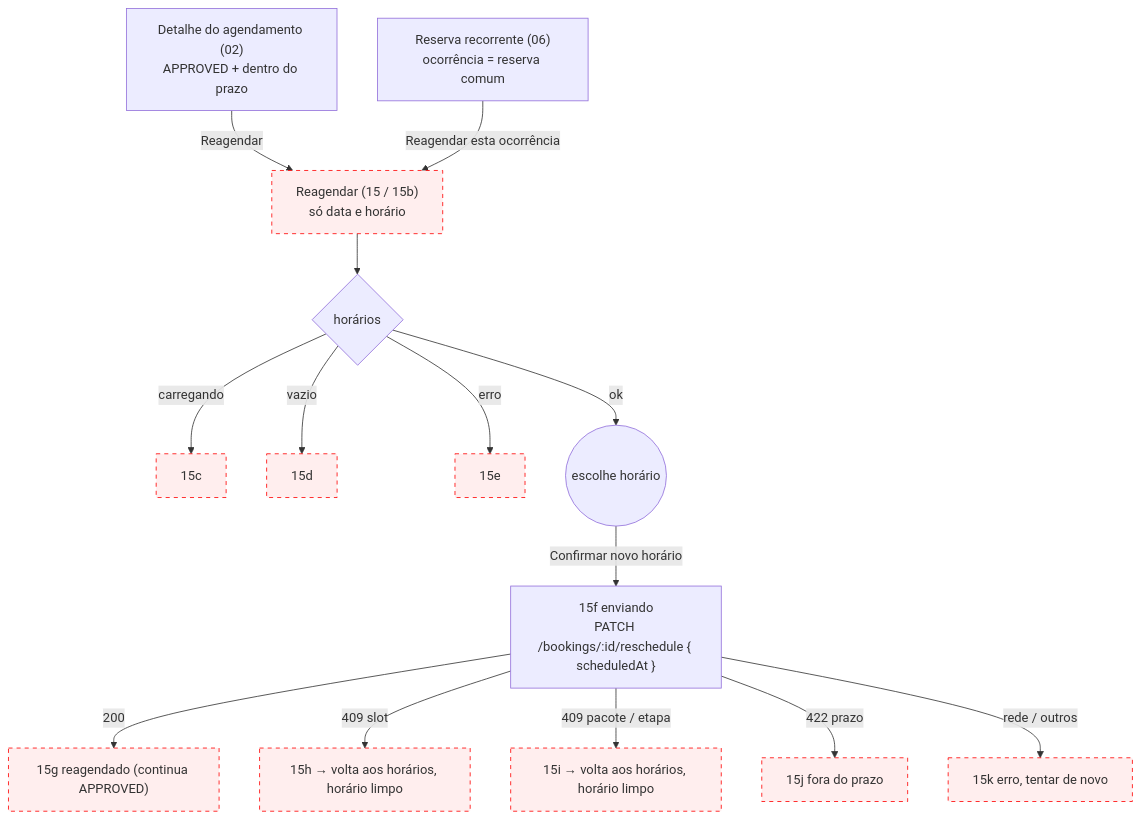
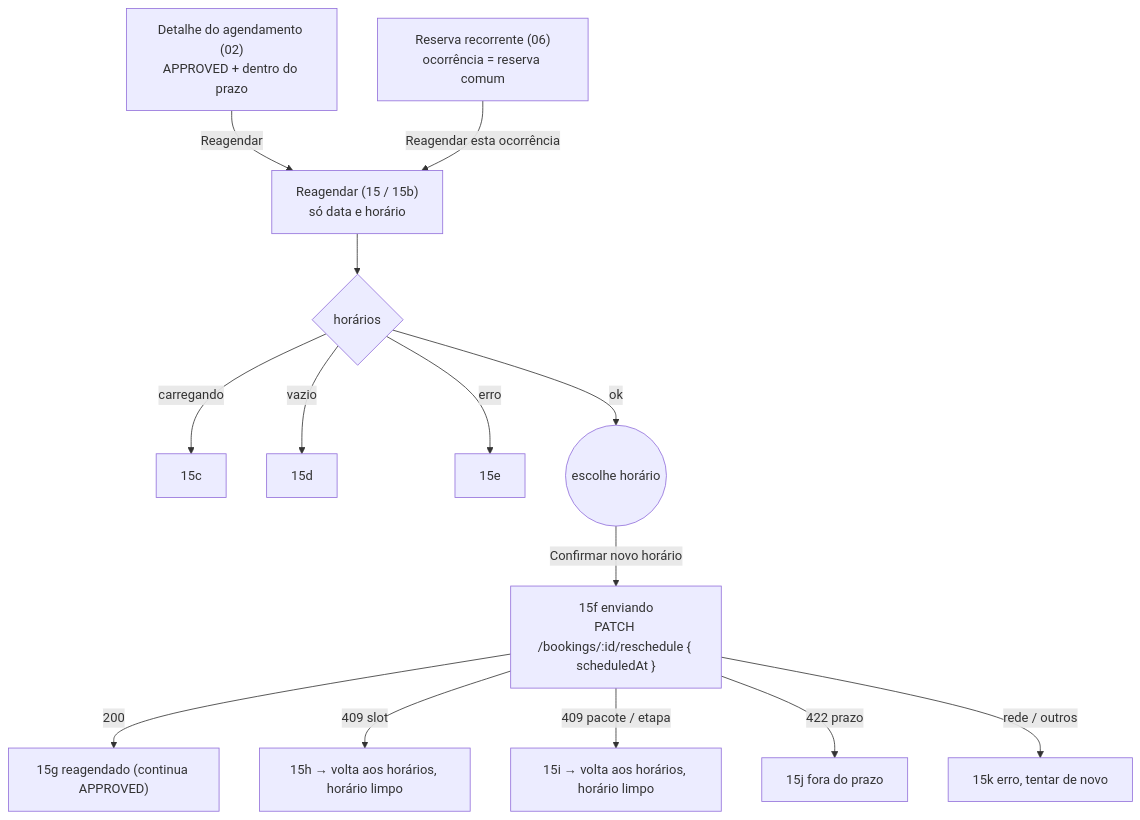
The second of 4 diagrams in plan/journey/customer/minha-conta.md (lmmoreira/ikaro), drawn with Mermaid before and after one commit. The commit also changed 8 other files, not shown here.

````diff
--- a/plan/journey/customer/minha-conta.md
+++ b/plan/journey/customer/minha-conta.md
@@ -170,19 +170,16 @@
 ```mermaid
 flowchart TD
-    classDef gap stroke:#f00,stroke-dasharray: 5 5,fill:#fee
-
     Detail["Detalhe do agendamento (02)<br/>APPROVED + dentro do prazo"] -->|"Reagendar"| Page
     Occ["Reserva recorrente (06)<br/>ocorrência = reserva comum"] -->|"Reagendar esta ocorrência"| Page
     Page["Reagendar (15 / 15b)<br/>só data e horário"] --> Load{"horários"}
     Load -->|"carregando"| L["15c"]
     Load -->|"vazio"| E["15d"]
     Load -->|"erro"| F["15e"]
     Load -->|"ok"| Pick(("escolhe horário"))
     Pick -->|"Confirmar novo horário"| Sub["15f enviando<br/>PATCH /bookings/:id/reschedule { scheduledAt }"]
     Sub -->|"200"| Ok["15g reagendado (continua APPROVED)"]
     Sub -->|"409 slot"| C1["15h → volta aos horários, horário limpo"]
     Sub -->|"409 pacote / etapa"| C2["15i → volta aos horários, horário limpo"]
     Sub -->|"422 prazo"| W["15j fora do prazo"]
     Sub -->|"rede / outros"| X["15k erro, tentar de novo"]
-    class Page,Ok,C1,C2,W,X,L,E,F gap
 ```
````
